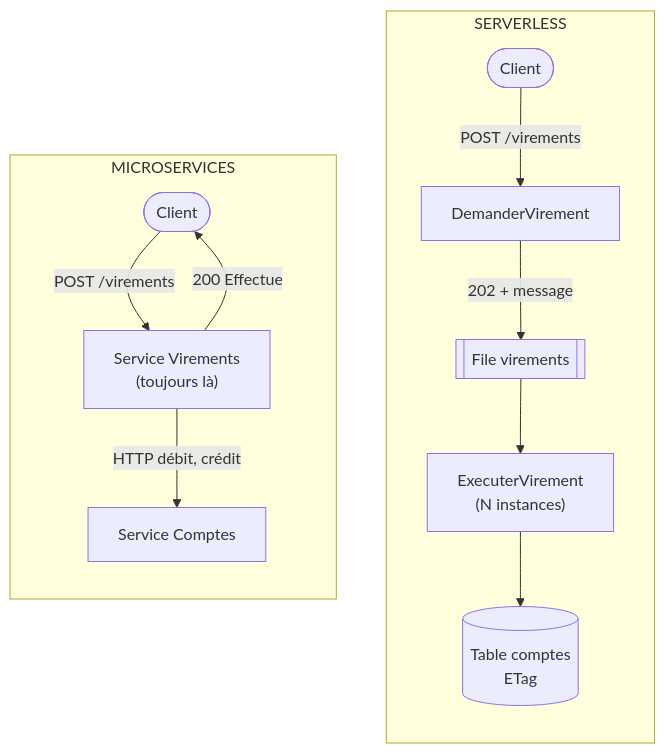
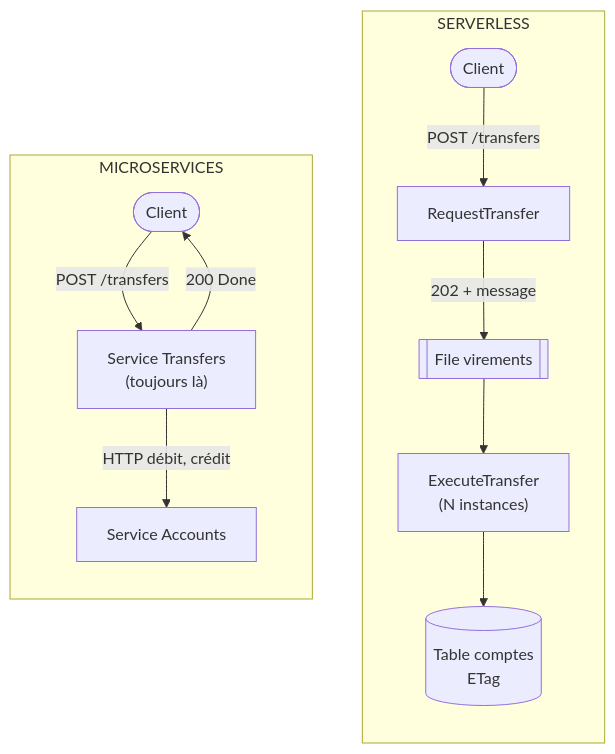
One commit to drangoht/ArchitecturesDemo changed the diagram in Docs/differences/10-microservices-vs-serverless.md. Above: the diagram before and after it, drawn with Mermaid. The commit also changed other lines of this file and 70 other files, not shown here.

Commit message:
Docs FR : identifiants, liens, diagrammes et sorties alignés sur le code anglais

````diff
--- a/Docs/differences/10-microservices-vs-serverless.md
+++ b/Docs/differences/10-microservices-vs-serverless.md
@@ -39,17 +39,17 @@
 ```mermaid
 flowchart LR
     subgraph M["MICROSERVICES"]
         direction TB
-        CL1(["Client"]) -->|"POST /virements"| V1["Service Virements<br/>(toujours là)"]
-        V1 -->|"HTTP débit, crédit"| C1["Service Comptes"]
-        V1 -->|"200 Effectue"| CL1
+        CL1(["Client"]) -->|"POST /transfers"| V1["Service Transfers<br/>(toujours là)"]
+        V1 -->|"HTTP débit, crédit"| C1["Service Accounts"]
+        V1 -->|"200 Done"| CL1
     end
     subgraph S["SERVERLESS"]
         direction TB
-        CL2(["Client"]) -->|"POST /virements"| D2["DemanderVirement"]
+        CL2(["Client"]) -->|"POST /transfers"| D2["RequestTransfer"]
         D2 -->|"202 + message"| Q2[["File virements"]]
-        Q2 --> E2["ExecuterVirement<br/>(N instances)"]
+        Q2 --> E2["ExecuteTransfer<br/>(N instances)"]
         E2 --> T2[("Table comptes<br/>ETag")]
     end
     M ~~~ S
 ```
````
